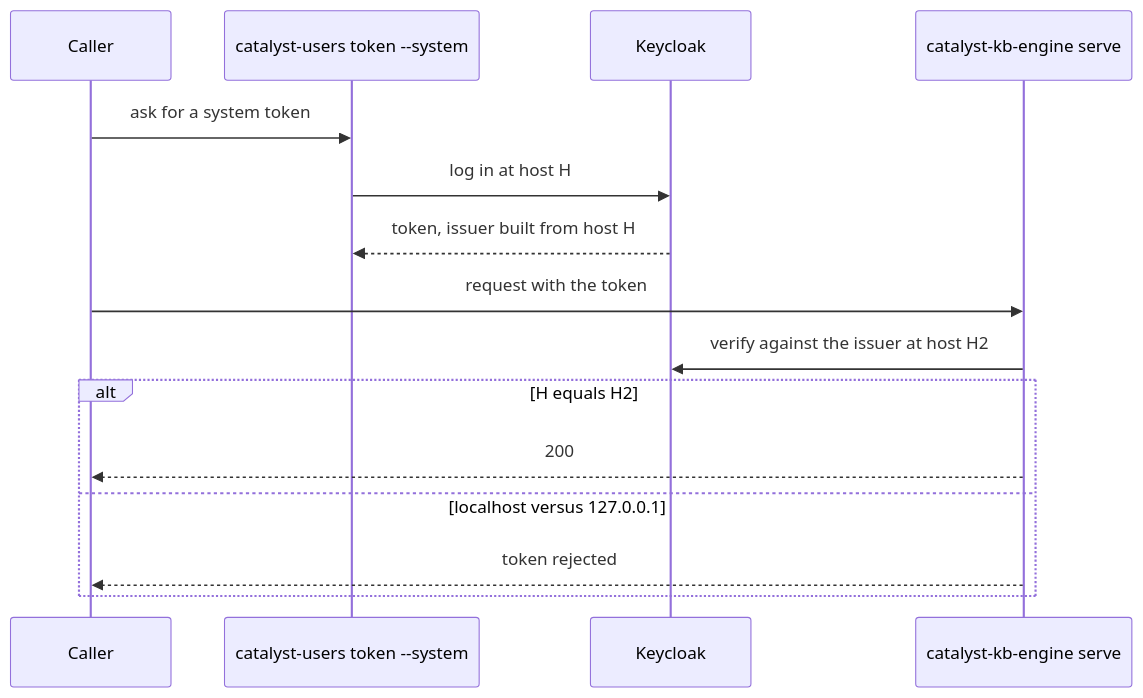
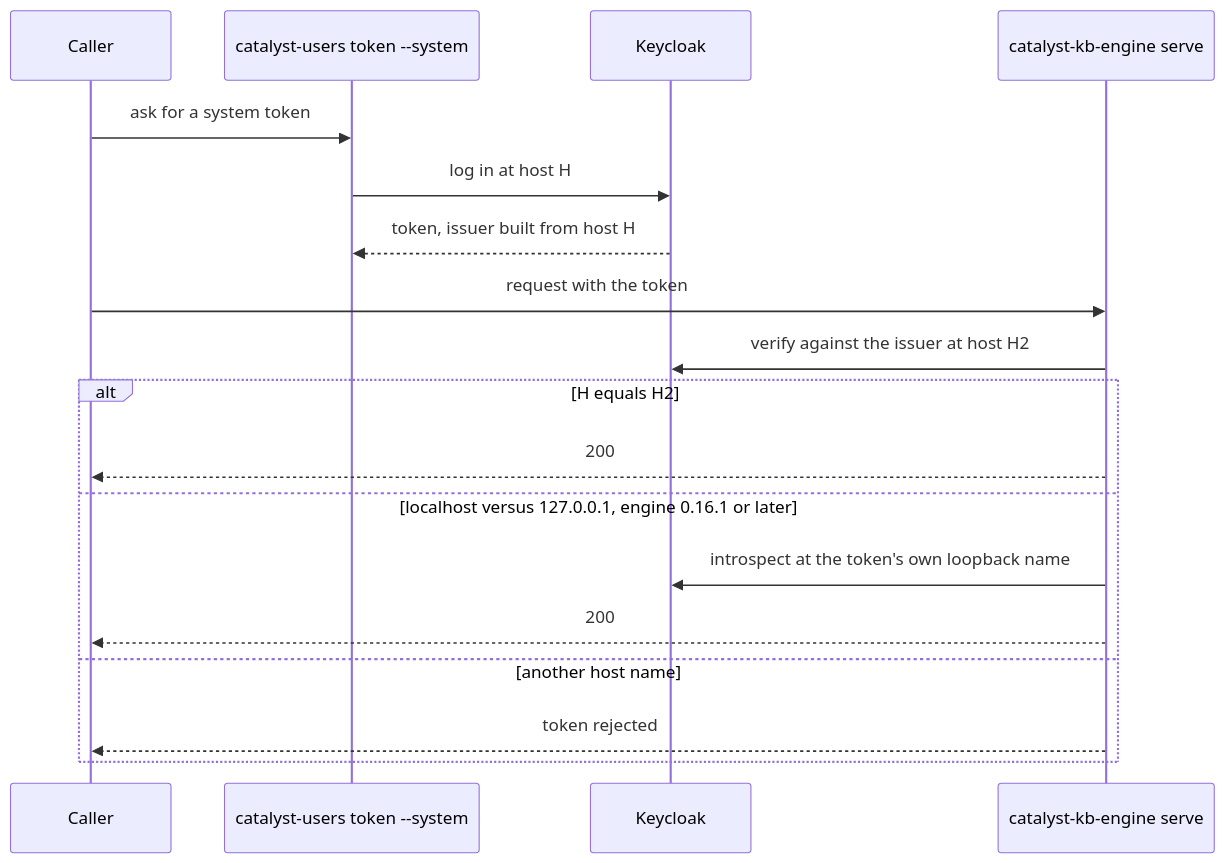
One commit to cantica-tech/catalyst-docs changed the tenth of 12 diagrams in docs/guide/manual/80-oddities.md. Above: the diagram before and after it, drawn with Mermaid. The commit also changed other lines of this file and 9 other files, not shown here.

````diff
--- a/docs/guide/manual/80-oddities.md
+++ b/docs/guide/manual/80-oddities.md
@@ -387,17 +410,20 @@
 ```mermaid
 sequenceDiagram
     participant Caller as Caller
     participant U as catalyst-users token --system
     participant K as Keycloak
     participant S as catalyst-kb-engine serve
     Caller->>U: ask for a system token
     U->>K: log in at host H
     K-->>U: token, issuer built from host H
     Caller->>S: request with the token
     S->>K: verify against the issuer at host H2
     alt H equals H2
         S-->>Caller: 200
-    else localhost versus 127.0.0.1
+    else localhost versus 127.0.0.1, engine 0.16.1 or later
+        S->>K: introspect at the token's own loopback name
+        S-->>Caller: 200
+    else another host name
         S-->>Caller: token rejected
     end
 ```
````
